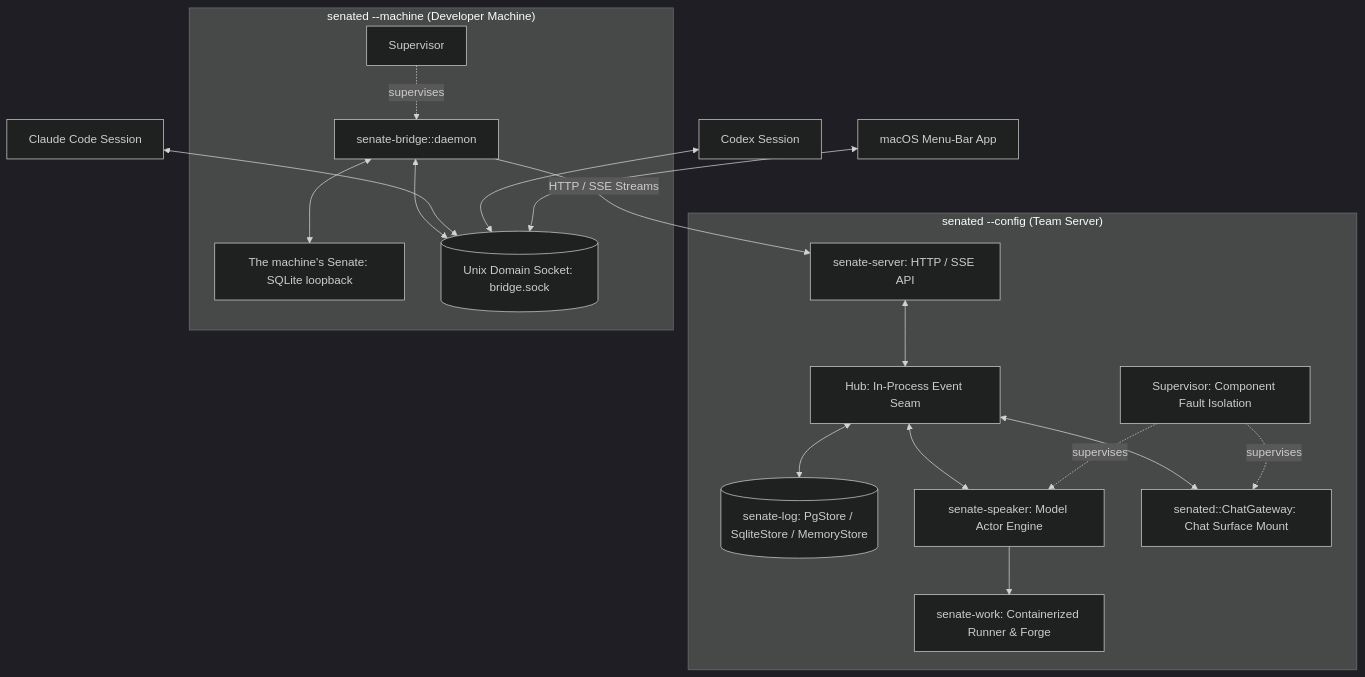
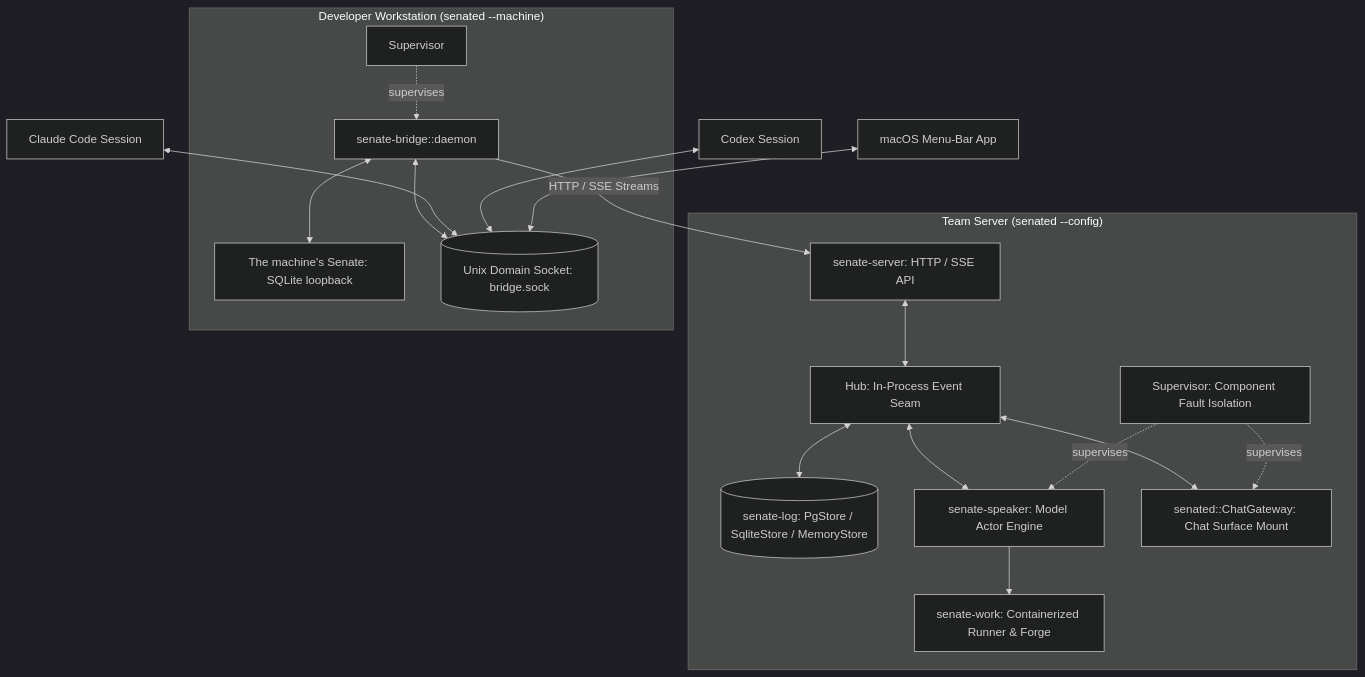
One commit to oops-rs/senate changed the diagram in README.md. Above: the diagram before and after it, drawn with Mermaid (dark theme). The commit also changed other lines of this file, not shown here.

````diff
--- a/README.md
+++ b/README.md
@@ -92,36 +105,36 @@
 ```mermaid
 graph TD
-    subgraph Server["senated --config (Team Server)"]
+    subgraph Server["Team Server (senated --config)"]
         API[senate-server: HTTP / SSE API]
         HUB[Hub: In-Process Event Seam]
         LOG[(senate-log: PgStore / SqliteStore / MemoryStore)]
         SPK[senate-speaker: Model Actor Engine]
         WRK[senate-work: Containerized Runner & Forge]
         CGW[senated::ChatGateway: Chat Surface Mount]
         SUP[Supervisor: Component Fault Isolation]
 
         API <--> HUB
         HUB <--> LOG
         HUB <--> SPK
         SPK --> WRK
         HUB <--> CGW
         SUP -. supervises .-> SPK
         SUP -. supervises .-> CGW
     end
 
-    subgraph Machine["senated --machine (Developer Machine)"]
+    subgraph Machine["Developer Workstation (senated --machine)"]
         MSUP[Supervisor]
         BRG[senate-bridge::daemon]
         HOSTED[The machine's Senate: SQLite loopback]
         SOCK[(Unix Domain Socket: bridge.sock)]
 
         MSUP -. supervises .-> BRG
         BRG <--> SOCK
         BRG <--> HOSTED
     end
 
     BRG -- "HTTP / SSE Streams" --> API
     CLAUDE[Claude Code Session] <--> SOCK
     CODEX[Codex Session] <--> SOCK
     APP[macOS Menu-Bar App] <--> SOCK
 ```
````
